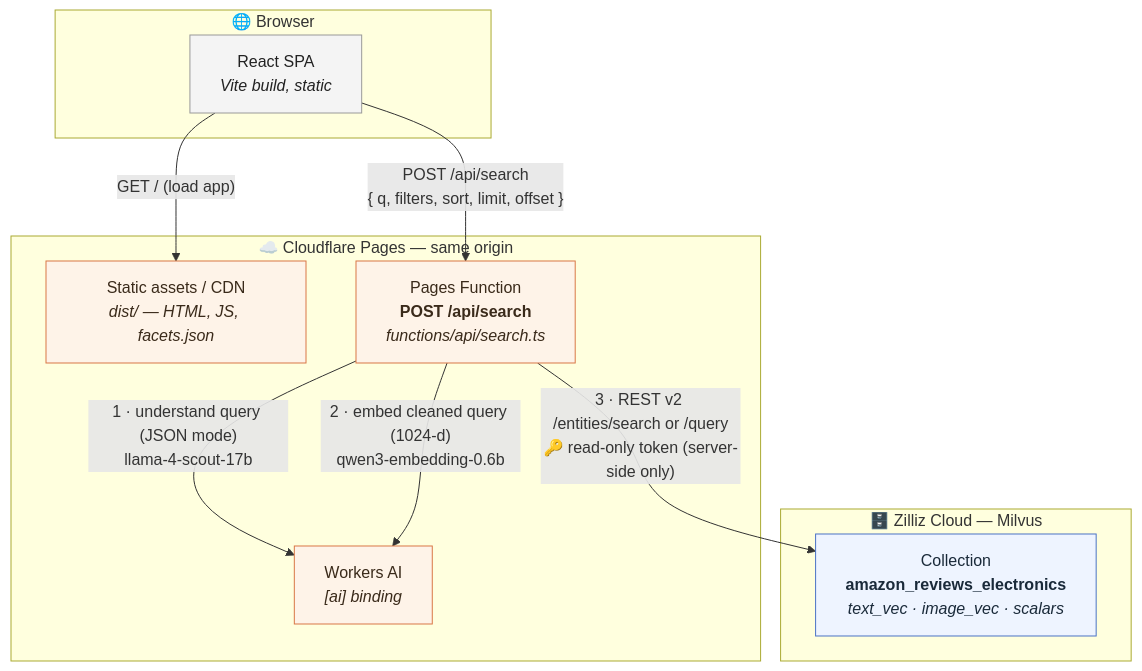
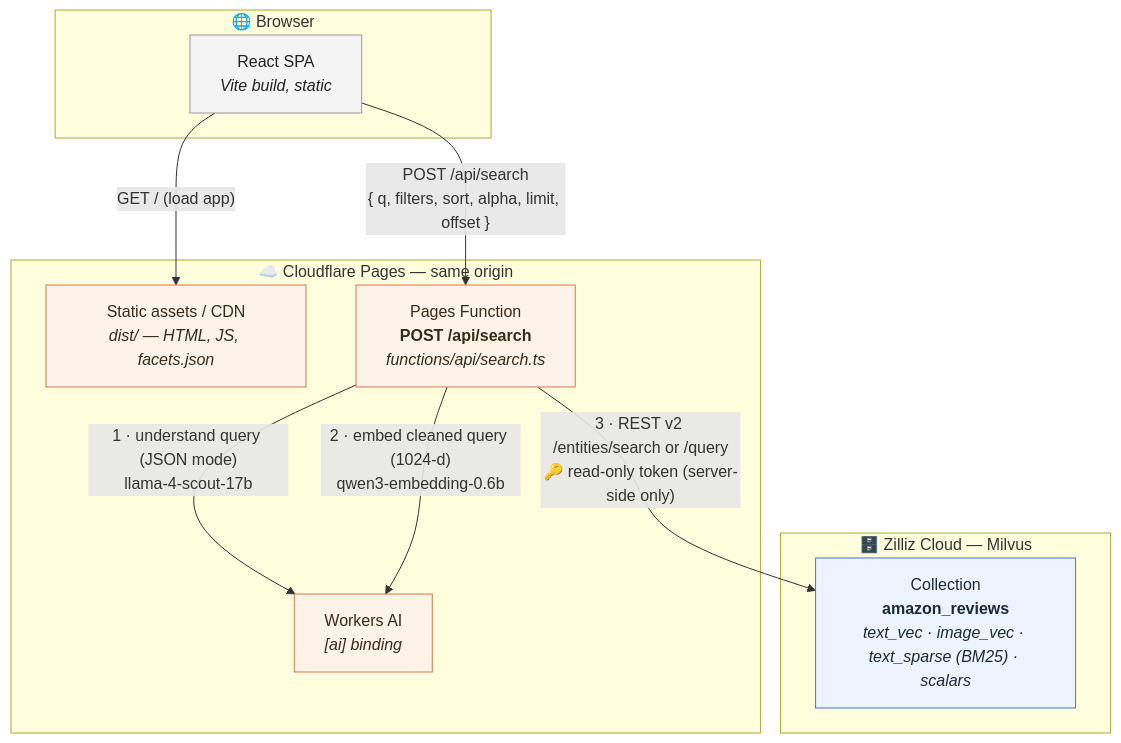
Before and after one commit to simonhearne/vectordb-ecom-search-demo: the first of 2 diagrams in README.md, drawn with Mermaid. The commit also changed other lines of this file and 10 other files, not shown here.

````diff
--- a/README.md
+++ b/README.md
@@ -20,29 +20,29 @@
 ```mermaid
 flowchart TB
     subgraph browser["🌐 Browser"]
         spa["React SPA<br/><i>Vite build, static</i>"]
     end
 
     subgraph cf["☁️ Cloudflare Pages — same origin"]
         assets["Static assets / CDN<br/><i>dist/ — HTML, JS, facets.json</i>"]
         fn["Pages Function<br/><b>POST /api/search</b><br/><i>functions/api/search.ts</i>"]
         ai["Workers AI<br/><i>[ai] binding</i>"]
     end
 
     subgraph zilliz["🗄️ Zilliz Cloud — Milvus"]
-        coll["Collection<br/><b>amazon_reviews_electronics</b><br/><i>text_vec · image_vec · scalars</i>"]
+        coll["Collection<br/><b>amazon_reviews</b><br/><i>text_vec · image_vec · text_sparse (BM25) · scalars</i>"]
     end
 
     spa -- "GET / (load app)" --> assets
-    spa -- "POST /api/search<br/>{ q, filters, sort, limit, offset }" --> fn
+    spa -- "POST /api/search<br/>{ q, filters, sort, alpha, limit, offset }" --> fn
     fn -- "1 · understand query (JSON mode)<br/>llama-4-scout-17b" --> ai
     fn -- "2 · embed cleaned query (1024-d)<br/>qwen3-embedding-0.6b" --> ai
     fn -- "3 · REST v2 /entities/search or /query<br/>🔑 read-only token (server-side only)" --> coll
 
     classDef edge fill:#fef3e8,stroke:#d97746,color:#3a2a1a;
     classDef db fill:#eef4ff,stroke:#4a72c4,color:#1a2a3a;
     classDef client fill:#f4f4f4,stroke:#999,color:#222;
     class assets,fn,ai edge;
     class coll db;
     class spa client;
 ```
````
